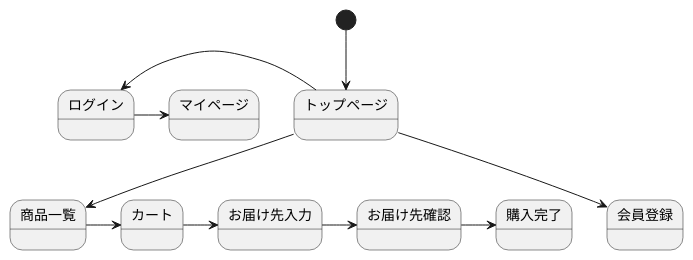
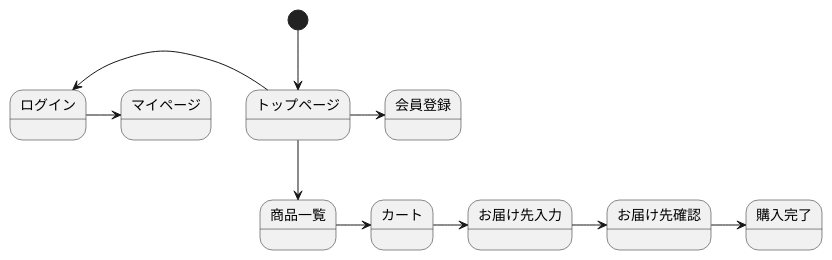
Before and after one commit to Aso2001163/2021sys-design-2: the diagram in stm01.md, drawn with PlantUML.

````diff
--- a/stm01.md
+++ b/stm01.md
@@ -1,13 +1,13 @@
 ```uml
 @startuml
 [*] --> トップページ
-トップページ -down-> 会員登録  
+トップページ -> 会員登録  
 トップページ -left-> ログイン
 ログイン -> マイページ
 トップページ --> 商品一覧
 商品一覧 -> カート
 カート -> お届け先入力
 お届け先入力 -> お届け先確認
 お届け先確認 -> 購入完了
 @enduml
 ```
````
